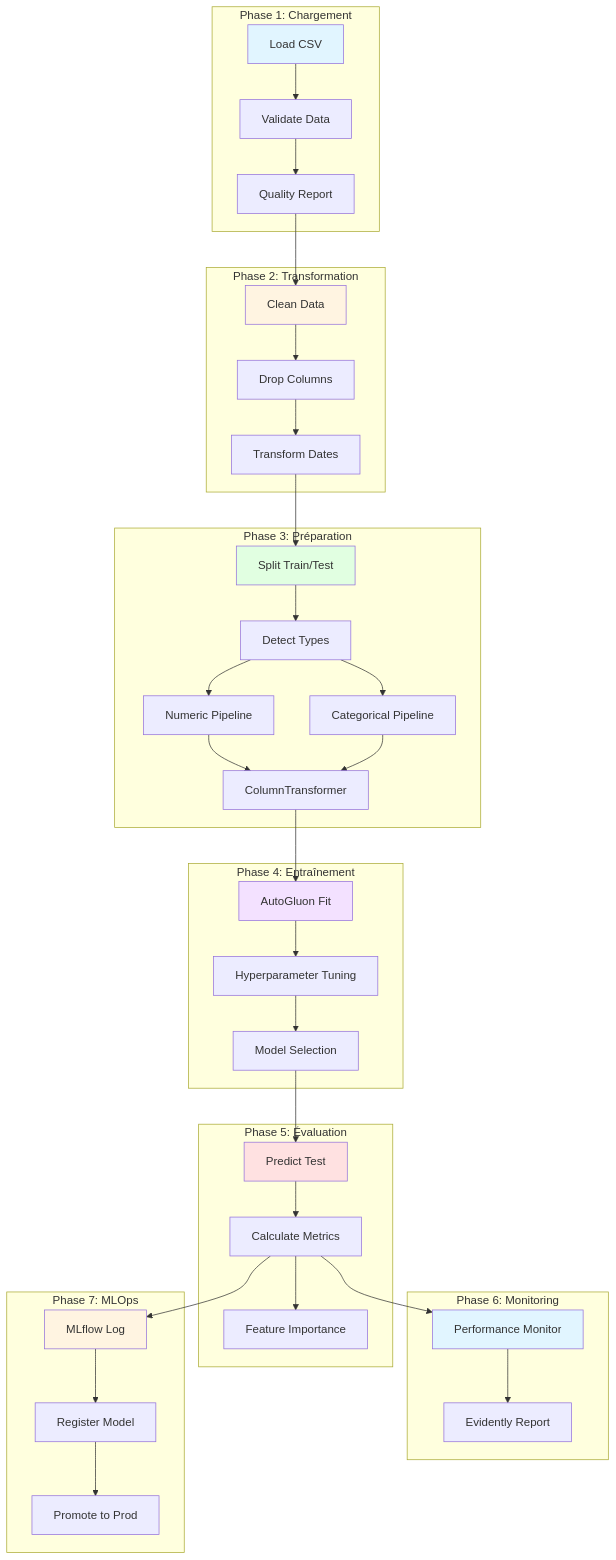
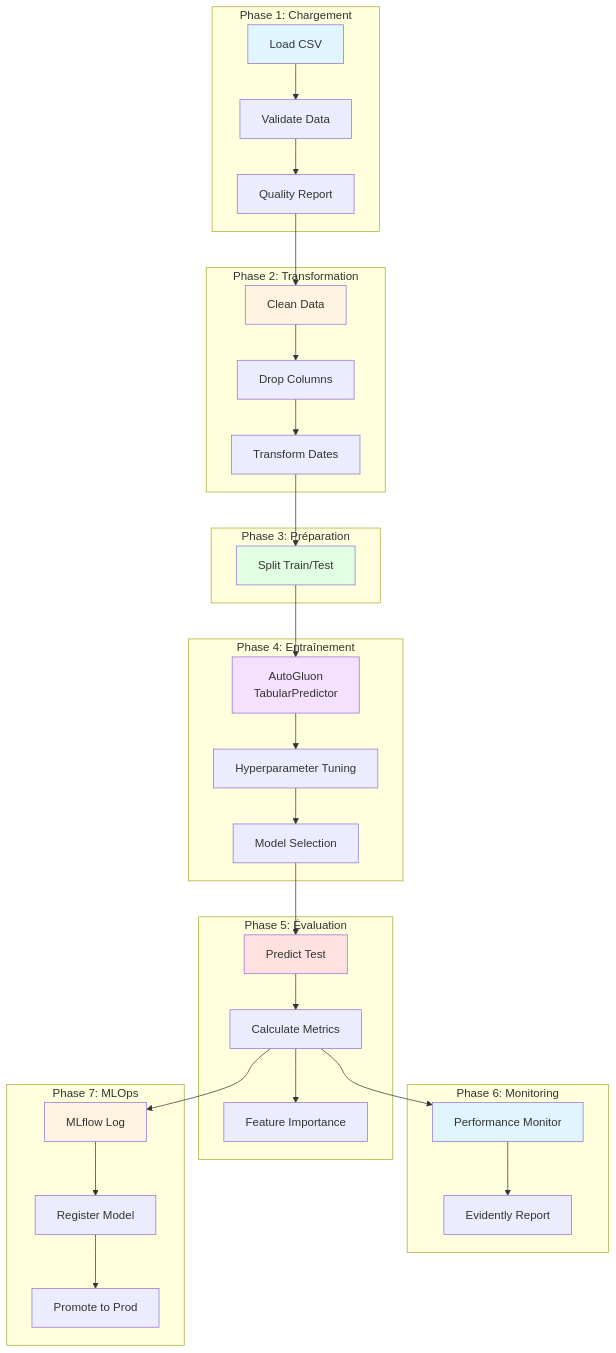
The first of 11 diagrams in Services/docsify/docs/pipeline.md (jefraudai/jefraudai), drawn with Mermaid before and after one commit. The commit also changed other lines of this file and 4 other files, not shown here.

Commit message:
Documentation - Remove duplicated schema

````diff
--- a/Services/docsify/docs/pipeline.md
+++ b/Services/docsify/docs/pipeline.md
@@ -7,76 +7,67 @@
 ```mermaid
 graph TD
     subgraph "Phase 1: Chargement"
         L1[Load CSV]
         L2[Validate Data]
         L3[Quality Report]
     end
     
     subgraph "Phase 2: Transformation"
         T1[Clean Data]
         T2[Drop Columns]
         T3[Transform Dates]
     end
     
     subgraph "Phase 3: Préparation"
         P1[Split Train/Test]
-        P2[Detect Types]
-        P3[Numeric Pipeline]
-        P4[Categorical Pipeline]
-        P5[ColumnTransformer]
     end
     
     subgraph "Phase 4: Entraînement"
-        E1[AutoGluon Fit]
+        E1[AutoGluon</br>TabularPredictor]
         E2[Hyperparameter Tuning]
         E3[Model Selection]
     end
     
     subgraph "Phase 5: Évaluation"
         V1[Predict Test]
         V2[Calculate Metrics]
         V3[Feature Importance]
     end
     
     subgraph "Phase 6: Monitoring"
         M1[Performance Monitor]
         M3[Evidently Report]
     end
     
     subgraph "Phase 7: MLOps"
         O1[MLflow Log]
         O2[Register Model]
         O3[Promote to Prod]
     end
     
     L1 --> L2
     L2 --> L3
     L3 --> T1
     T1 --> T2
     T2 --> T3
     T3 --> P1
-    P1 --> P2
-    P2 --> P3
-    P2 --> P4
-    P3 --> P5
-    P4 --> P5
-    P5 --> E1
+    P1 --> E1
     E1 --> E2
     E2 --> E3
     E3 --> V1
     V1 --> V2
     V2 --> V3
     V2 --> M1
     M1 --> M3
     V2 --> O1
     O1 --> O2
     O2 --> O3
     
     style L1 fill:#e1f5ff
     style T1 fill:#fff4e1
     style P1 fill:#e1ffe1
     style E1 fill:#f3e1ff
     style V1 fill:#ffe1e1
     style M1 fill:#e1f5ff
     style O1 fill:#fff4e1
 ```
````
